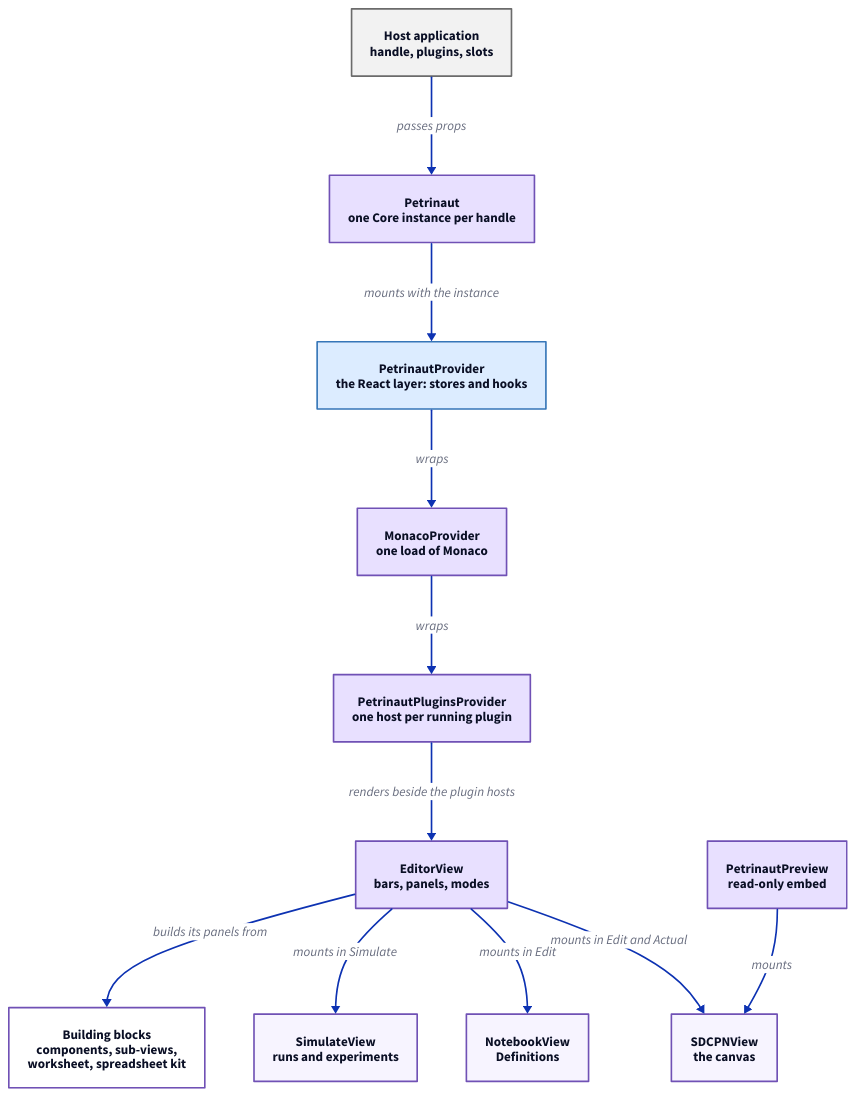
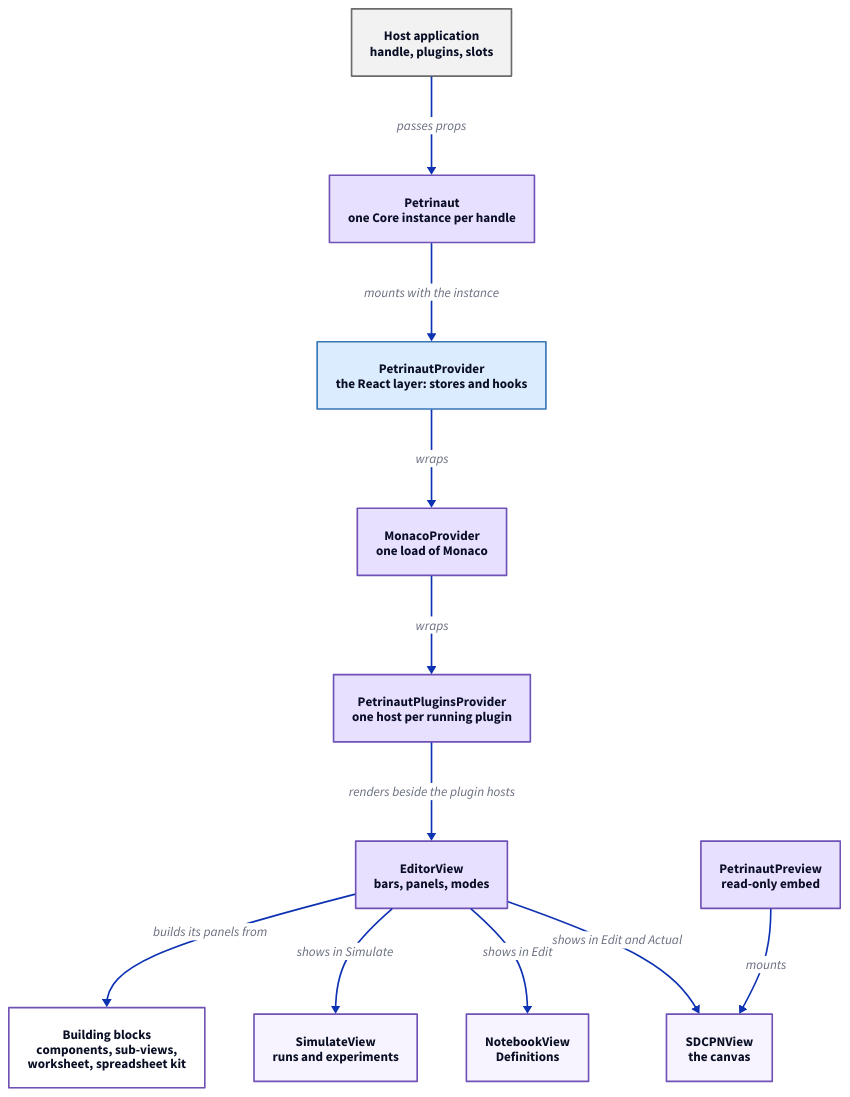
Before and after one commit to hashintel/hash: the diagram in libs/@hashintel/petrinaut/src/ui/ui-layer.d2, drawn with D2. The commit also changed 5 other files, not shown here.

```diff
--- a/libs/@hashintel/petrinaut/src/ui/ui-layer.d2
+++ b/libs/@hashintel/petrinaut/src/ui/ui-layer.d2
@@ -1,26 +1,26 @@
 # Hand-written; rendered by the arch-docs build. React components use the
 # purple palette, the host the grey one.
 direction: down
 
 host: "Host application\nhandle, plugins, slots" {style.fill: "#f2f2f2"; style.stroke: "#6b6b6b"}
 petrinaut: "Petrinaut\none Core instance per handle" {style.fill: "#e8e0ff"; style.stroke: "#7051b5"}
 provider: "PetrinautProvider\nthe React layer: stores and hooks" {style.fill: "#dcecff"; style.stroke: "#3676b8"}
 monaco: "MonacoProvider\none load of Monaco" {style.fill: "#e8e0ff"; style.stroke: "#7051b5"}
 plugins: "PetrinautPluginsProvider\none host per running plugin" {style.fill: "#e8e0ff"; style.stroke: "#7051b5"}
 editor: "EditorView\nbars, panels, modes" {style.fill: "#e8e0ff"; style.stroke: "#7051b5"}
 canvas: "SDCPNView\nthe canvas" {style.fill: "#f7f4ff"; style.stroke: "#7051b5"}
 notebook: "NotebookView\nDefinitions" {style.fill: "#f7f4ff"; style.stroke: "#7051b5"}
 simulate: "SimulateView\nruns and experiments" {style.fill: "#f7f4ff"; style.stroke: "#7051b5"}
 preview: "PetrinautPreview\nread-only embed" {style.fill: "#e8e0ff"; style.stroke: "#7051b5"}
 blocks: "Building blocks\ncomponents, sub-views,\nworksheet, spreadsheet kit" {style.fill: "#ffffff"; style.stroke: "#7051b5"}
 
 host -> petrinaut: "passes props"
 petrinaut -> provider: "mounts with the instance"
 provider -> monaco: "wraps"
 monaco -> plugins: "wraps"
 plugins -> editor: "renders beside the plugin hosts"
-editor -> canvas: "mounts in Edit and Actual"
-editor -> notebook: "mounts in Edit"
-editor -> simulate: "mounts in Simulate"
+editor -> canvas: "shows in Edit and Actual"
+editor -> notebook: "shows in Edit"
+editor -> simulate: "shows in Simulate"
 preview -> canvas: "mounts"
 editor -> blocks: "builds its panels from"
```
